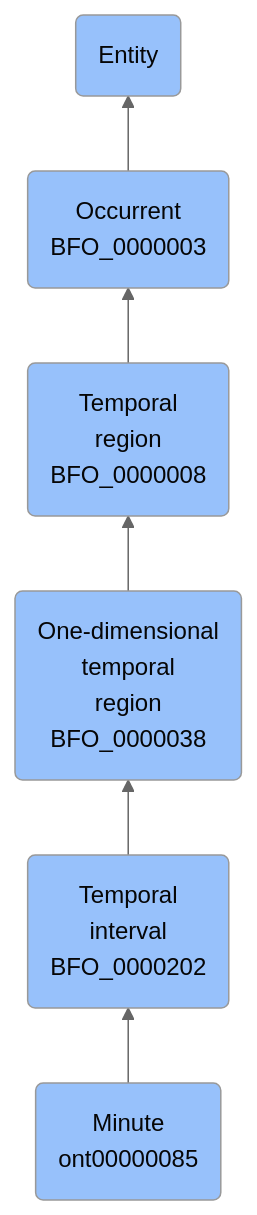
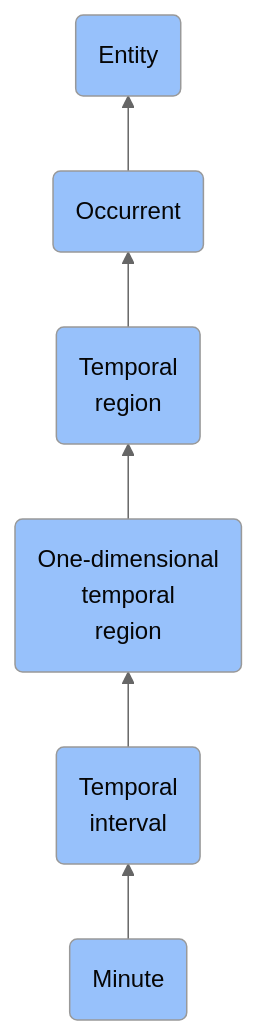
Before and after one commit to jupyter-naas/abi: the diagram in docs/ontology/reference/model/Entity/Occurrent/Temporal region/One-dimensional temporal region/Temporal interval/Minute/Minute.md, drawn with Mermaid (neutral theme). The commit also changed other lines of this file and 1430 other files, not shown here.

````diff
--- a/docs/ontology/reference/model/Entity/Occurrent/Temporal region/One-dimensional temporal region/Temporal interval/Minute/Minute.md
+++ b/docs/ontology/reference/model/Entity/Occurrent/Temporal region/One-dimensional temporal region/Temporal interval/Minute/Minute.md
@@ -24,13 +24,13 @@
 ```mermaid
 graph BT
-    ont00000085(Minute<br>ont00000085):::BFO-->BFO_0000202
-    BFO_0000202(Temporal<br>interval<br>BFO_0000202):::BFO-->BFO_0000038
-    BFO_0000038(One-dimensional<br>temporal<br>region<br>BFO_0000038):::BFO-->BFO_0000008
-    BFO_0000008(Temporal<br>region<br>BFO_0000008):::BFO-->BFO_0000003
-    BFO_0000003(Occurrent<br>BFO_0000003):::BFO-->BFO_0000001
+    ont00000085(Minute):::BFO-->BFO_0000202
+    BFO_0000202(Temporal<br>interval):::BFO-->BFO_0000038
+    BFO_0000038(One-dimensional<br>temporal<br>region):::BFO-->BFO_0000008
+    BFO_0000008(Temporal<br>region):::BFO-->BFO_0000003
+    BFO_0000003(Occurrent):::BFO-->BFO_0000001
     BFO_0000001(Entity):::BFO
     
     classDef BFO fill:#97c1fb,color:#060606
     classDef CCO fill:#e4c51e,color:#060606
     classDef ABI fill:#48DD82,color:#060606
 ```
````
